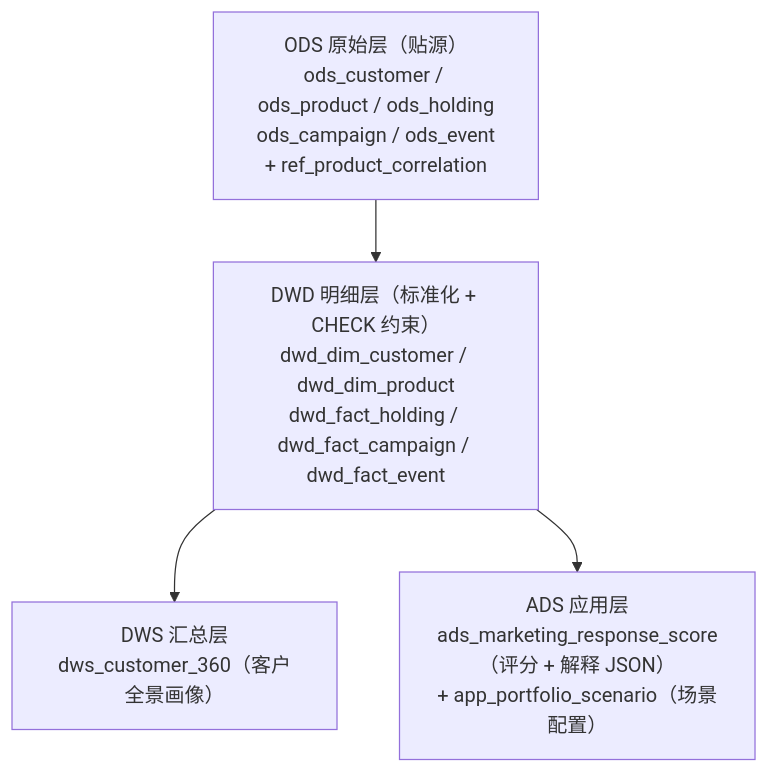
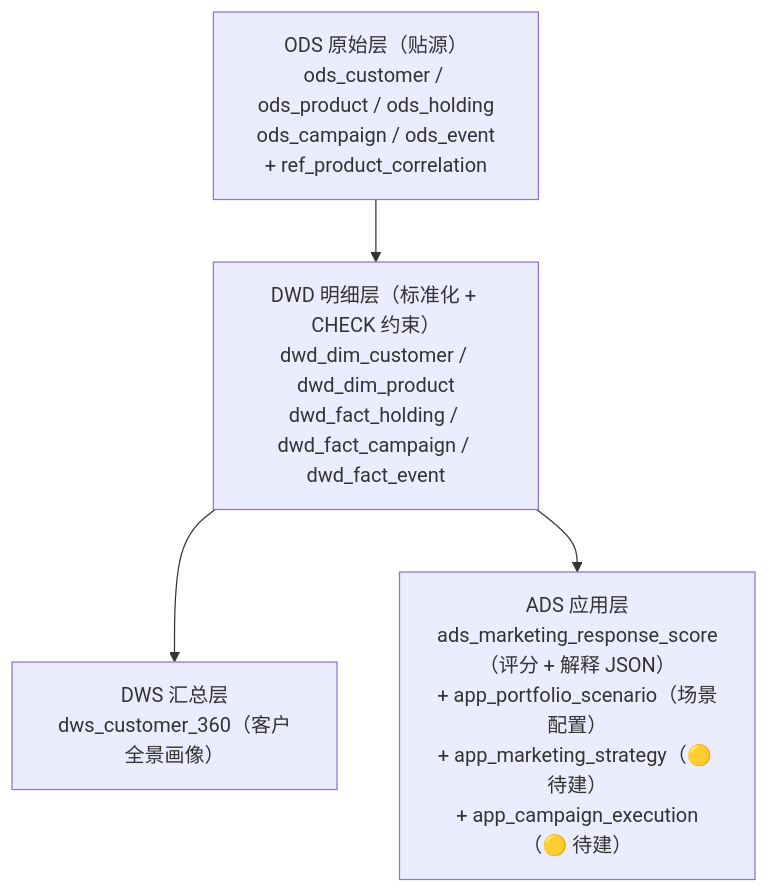
Before and after one commit to cpyh/touchCIB: the first of 2 diagrams in src/docs/sdd-platform.md, drawn with Mermaid. The commit also changed other lines of this file and 7 other files, not shown here.

````diff
--- a/src/docs/sdd-platform.md
+++ b/src/docs/sdd-platform.md
@@ -12,9 +12,9 @@
 ```mermaid
 flowchart TB
     ODS["ODS 原始层（贴源）<br/>ods_customer / ods_product / ods_holding<br/>ods_campaign / ods_event<br/>+ ref_product_correlation"]
     DWD["DWD 明细层（标准化 + CHECK 约束）<br/>dwd_dim_customer / dwd_dim_product<br/>dwd_fact_holding / dwd_fact_campaign / dwd_fact_event"]
     DWS["DWS 汇总层<br/>dws_customer_360（客户全景画像）"]
-    ADS["ADS 应用层<br/>ads_marketing_response_score（评分 + 解释 JSON）<br/>+ app_portfolio_scenario（场景配置）"]
+    ADS["ADS 应用层<br/>ads_marketing_response_score（评分 + 解释 JSON）<br/>+ app_portfolio_scenario（场景配置）<br/>+ app_marketing_strategy（🟡 待建）<br/>+ app_campaign_execution（🟡 待建）"]
     ODS --> DWD --> DWS
     DWD --> ADS
 ```
````
